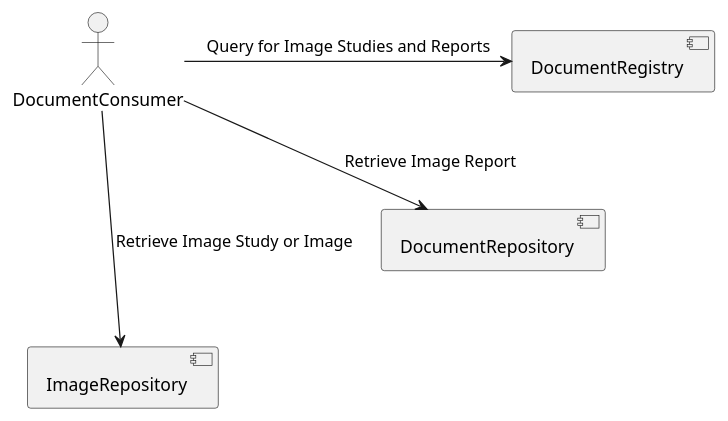
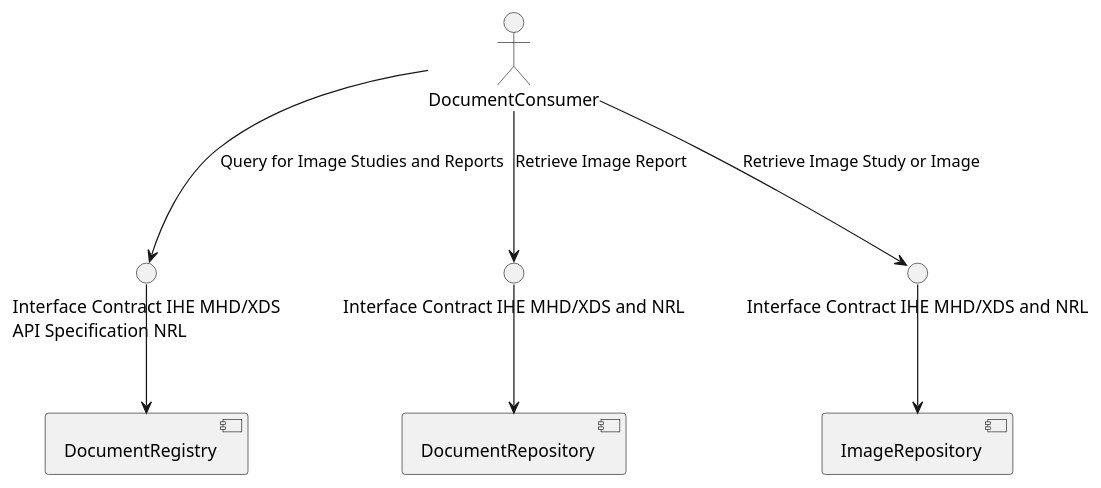
One commit to NHSDigital/national-imaging-repository-specification changed the diagram in input/images-source/component-radiology-retrieve.plantuml. Above: the diagram before and after it, drawn with PlantUML.

Commit message:
Removed event resources

```diff
--- a/input/images-source/component-radiology-retrieve.plantuml
+++ b/input/images-source/component-radiology-retrieve.plantuml
@@ -1,25 +1,31 @@
 @startuml
 
 
 
 actor DocumentConsumer
 
 
 
 
 
 component DocumentRegistry
 component DocumentRepository
 component ImageRepository
 
-DocumentRegistry -d[hidden]- DocumentRepository
-DocumentRepository -d[hidden]- ImageRepository
+interface "Interface Contract IHE MHD/XDS\nAPI Specification NRL" as IC
+interface "Interface Contract IHE MHD/XDS and NRL" as IC2
+interface "Interface Contract IHE MHD/XDS and NRL" as IC3
 
 
-DocumentConsumer -r-> DocumentRegistry : Query for Image Studies and Reports
-DocumentConsumer -r-> DocumentRepository : Retrieve Image Report
-DocumentConsumer -r-> ImageRepository : Retrieve Image Study or Image
+
+
+DocumentConsumer --> IC : Query for Image Studies and Reports
+IC --> DocumentRegistry
+DocumentConsumer --> IC2  : Retrieve Image Report
+IC2 --> DocumentRepository
+DocumentConsumer --> IC3 : Retrieve Image Study or Image
+IC3 --> ImageRepository
 
 
 
 @enduml
```
